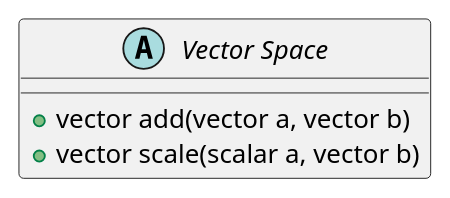
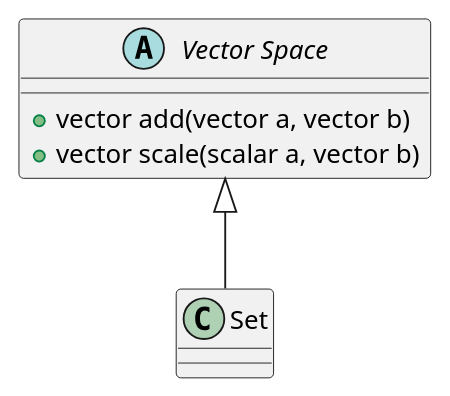
One commit to ashwinreddy/wiki changed the diagram in Mathematics/Linear-Algebra/Vector space.md. Above: the diagram before and after it, drawn with PlantUML.

Commit message:
Updated Vector space.md (markdown)

```diff
--- a/Mathematics/Linear-Algebra/Vector space.md
+++ b/Mathematics/Linear-Algebra/Vector space.md
@@ -3,6 +3,8 @@
 @startuml
 abstract class "Vector Space" {
     +vector add(vector a, vector b)
     +vector scale(scalar a, vector b)
 }
+
+"Vector Space" <|-- "Set"
 @enduml
```
